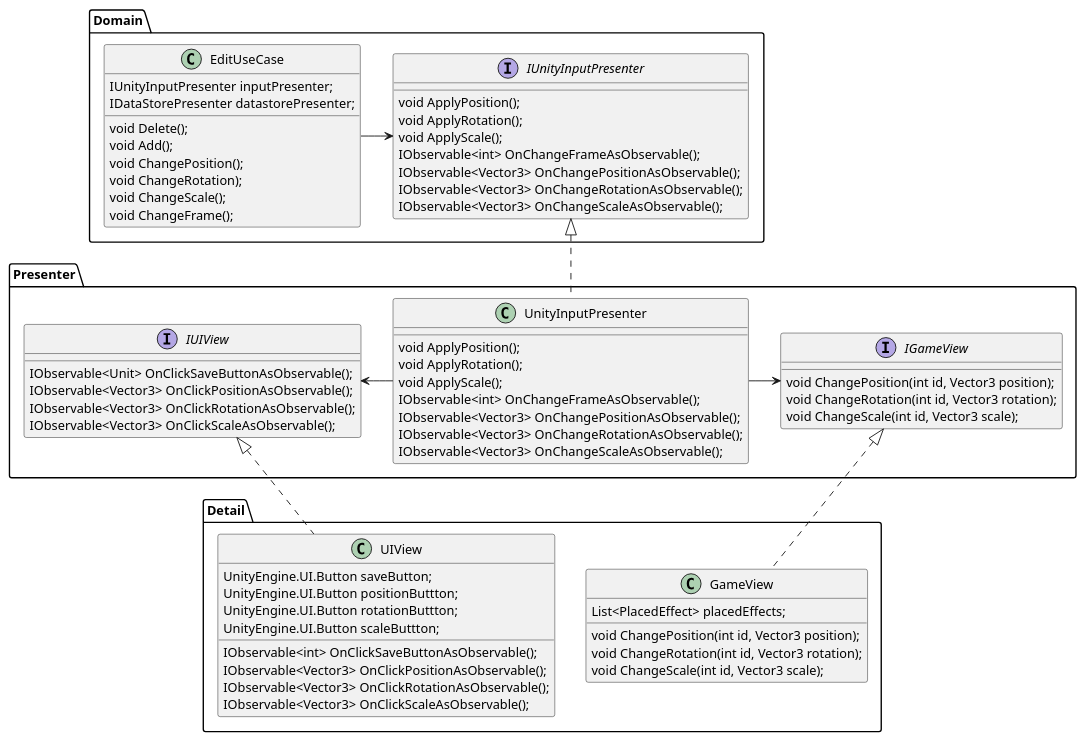
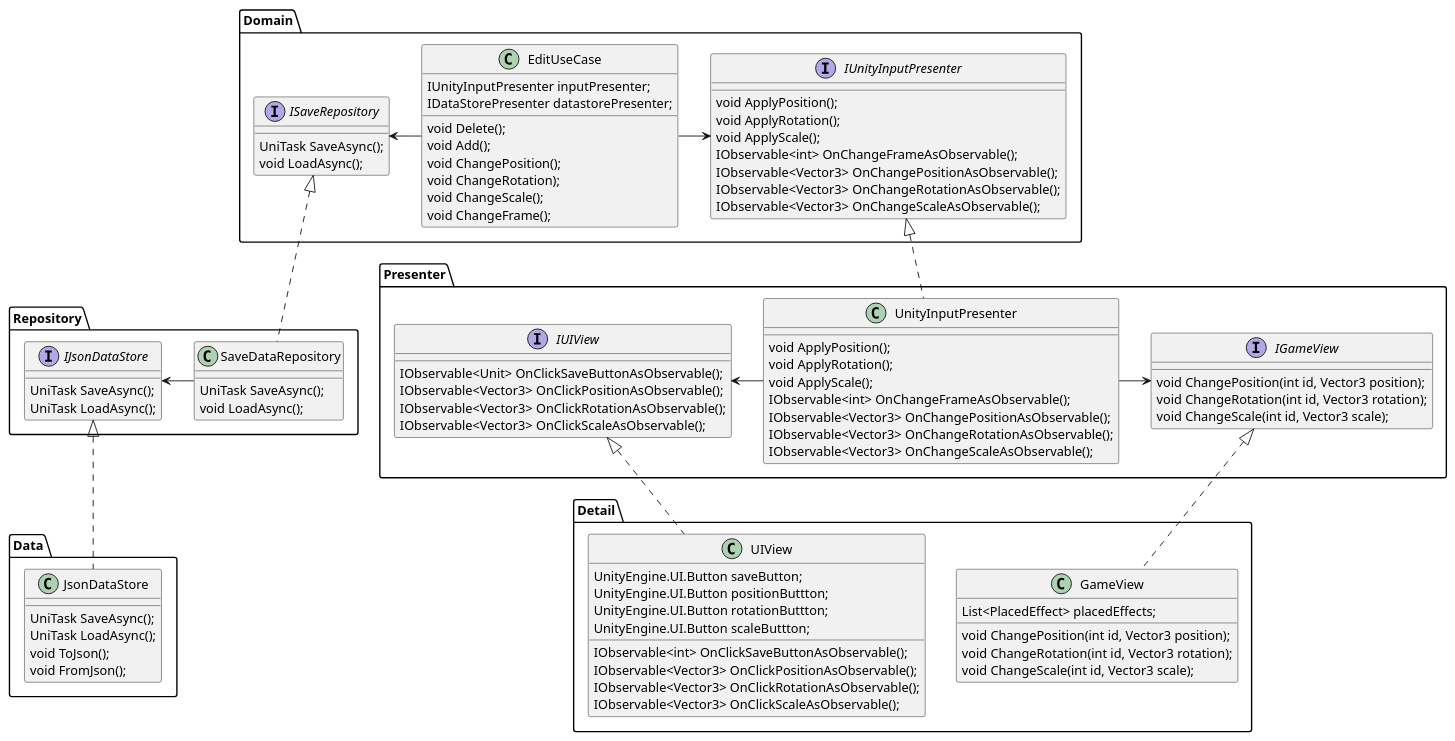
Before and after one commit to HamachiTaro/CleanArchitectureTest: the diagram in doc/CATest.pu, drawn with PlantUML.

Commit message:
クラス図にRepository周りを追加。

```diff
--- a/doc/CATest.pu
+++ b/doc/CATest.pu
@@ -1,100 +1,137 @@
 @startuml
 
 package Domain{
 
     '実際の処理をUseCaseに記載
     class EditUseCase 
     {
         IUnityInputPresenter inputPresenter;
         IDataStorePresenter datastorePresenter;
 
         void Delete();
         void Add();
         void ChangePosition();
         void ChangeRotation);
         void ChangeScale();
         void ChangeFrame();
     }
 
     interface IUnityInputPresenter
     {
         'usecaseがこれを叩いて、見た目を更新する
         void ApplyPosition();
         void ApplyRotation();
         void ApplyScale();
         ' Presenterからのイベント受け取り
         IObservable<int> OnChangeFrameAsObservable();
         IObservable<Vector3> OnChangePositionAsObservable();
         IObservable<Vector3> OnChangeRotationAsObservable();
         IObservable<Vector3> OnChangeScaleAsObservable();
     }
 
+    interface ISaveRepository
+    {
+        UniTask SaveAsync();
+        void LoadAsync();
+    }
+
+    ISaveRepository <- EditUseCase
     EditUseCase -> IUnityInputPresenter
+}
+
+package Repository {
+
+    class SaveDataRepository
+    {
+        UniTask SaveAsync();
+        void LoadAsync();
+    }
+
+    interface IJsonDataStore {
+        UniTask SaveAsync();
+        UniTask LoadAsync();
+    }
+
+    ISaveRepository <|.. SaveDataRepository
+    IJsonDataStore <- SaveDataRepository
+}
+
+package Data {
+
+    class JsonDataStore 
+    {
+        UniTask SaveAsync();
+        UniTask LoadAsync();
+        void ToJson();
+        void FromJson();
+    }
+
+    IJsonDataStore <|.. JsonDataStore
 }
 
 
 package Presenter {
 
     class UnityInputPresenter
     {
         void ApplyPosition();
         void ApplyRotation();
         void ApplyScale();
         IObservable<int> OnChangeFrameAsObservable();
         IObservable<Vector3> OnChangePositionAsObservable();
         IObservable<Vector3> OnChangeRotationAsObservable();
         IObservable<Vector3> OnChangeScaleAsObservable();
     }
 
     interface IUIView
     {
         IObservable<Unit> OnClickSaveButtonAsObservable();
         IObservable<Vector3> OnClickPositionAsObservable();
         IObservable<Vector3> OnClickRotationAsObservable();
         IObservable<Vector3> OnClickScaleAsObservable();
     }
 
     interface IGameView
     {
         void ChangePosition(int id, Vector3 position);
         void ChangeRotation(int id, Vector3 rotation);
         void ChangeScale(int id, Vector3 scale);
     }
 
     IUnityInputPresenter <|.. UnityInputPresenter
     IUIView <- UnityInputPresenter 
     UnityInputPresenter -> IGameView
 }
 
 package Detail {
 
     'UnityEngine.UIを知っている
     class UIView
     {
         UnityEngine.UI.Button saveButton;
         UnityEngine.UI.Button positionButtton;
         UnityEngine.UI.Button rotationButtton;
         UnityEngine.UI.Button scaleButtton;
         
         'idを渡したいのでint
         IObservable<int> OnClickSaveButtonAsObservable();
         IObservable<Vector3> OnClickPositionAsObservable();
         IObservable<Vector3> OnClickRotationAsObservable();
         IObservable<Vector3> OnClickScaleAsObservable();
     }
 
     'UnityEngine.GameObjectを知っている
     class GameView 
     {
         List<PlacedEffect> placedEffects;
         void ChangePosition(int id, Vector3 position);
         void ChangeRotation(int id, Vector3 rotation);
         void ChangeScale(int id, Vector3 scale);
     }
 
     IUIView <|.. UIView
     IGameView <|.. GameView
 }
 
 
 @enduml
```
